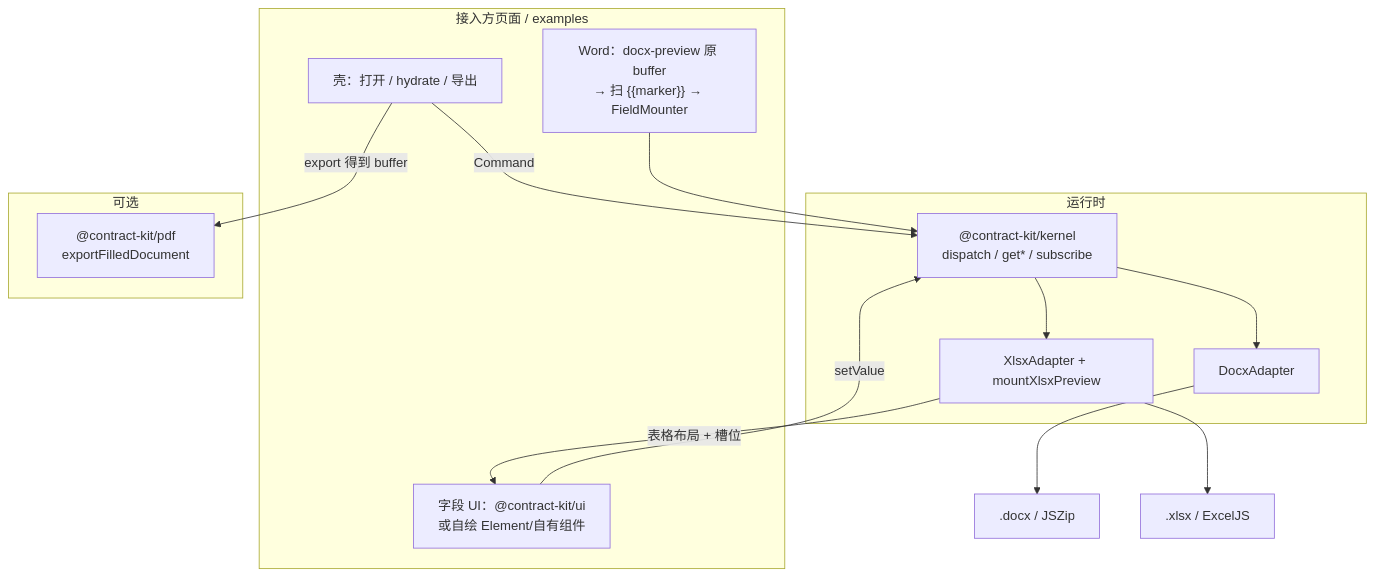
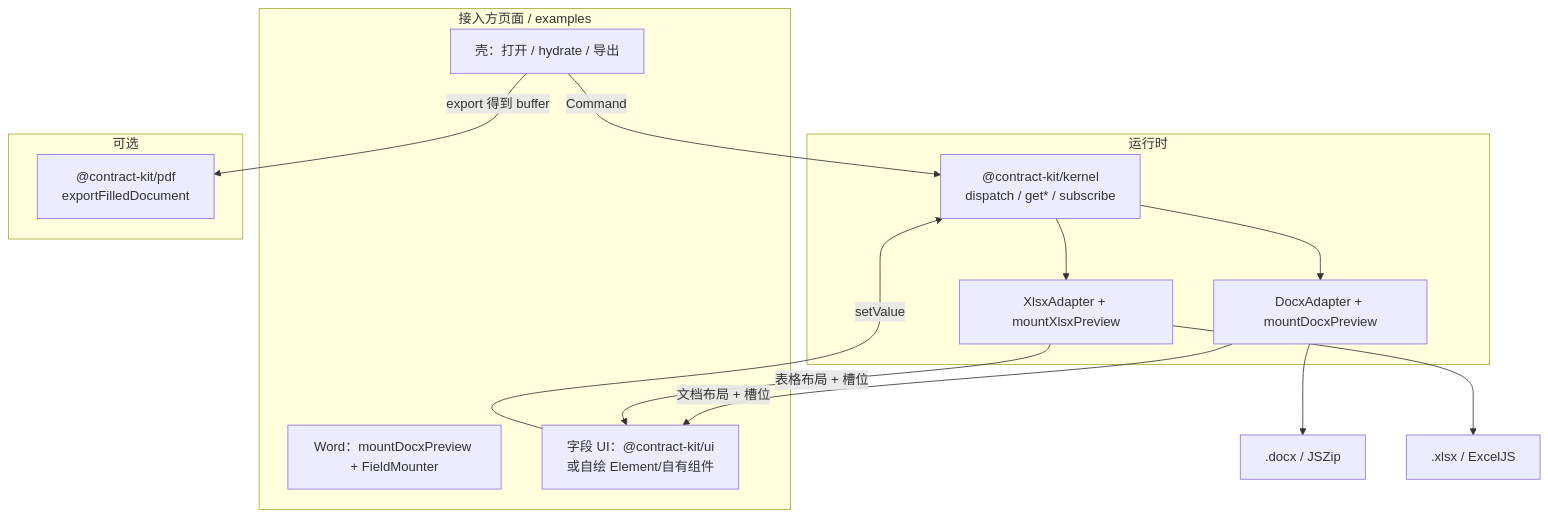
One commit to xxxxxuhb/contract-kit changed the first of 5 diagrams in docs/architecture.md. Above: the diagram before and after it, drawn with Mermaid. The commit also changed other lines of this file and 61 other files, not shown here.

````diff
--- a/docs/architecture.md
+++ b/docs/architecture.md
@@ -51,28 +53,28 @@
 ```mermaid
 flowchart TB
   subgraph Page["接入方页面 / examples"]
     Shell["壳：打开 / hydrate / 导出"]
-    DocxLayout["Word：docx-preview 原 buffer<br/>→ 扫 {{marker}} → FieldMounter"]
+    DocxHost["Word：mountDocxPreview + FieldMounter"]
     FieldUI["字段 UI：@contract-kit/ui<br/>或自绘 Element/自有组件"]
   end
 
   subgraph Core["运行时"]
     Kernel["@contract-kit/kernel<br/>dispatch / get* / subscribe"]
-    Docx["DocxAdapter"]
+    Docx["DocxAdapter + mountDocxPreview"]
     Xlsx["XlsxAdapter + mountXlsxPreview"]
   end
 
   subgraph Optional["可选"]
     Pdf["@contract-kit/pdf<br/>exportFilledDocument"]
   end
 
   Shell -->|Command| Kernel
-  DocxLayout --> Kernel
+  Docx -->|"文档布局 + 槽位"| FieldUI
   Xlsx -->|"表格布局 + 槽位"| FieldUI
   FieldUI -->|setValue| Kernel
   Kernel --> Docx
   Kernel --> Xlsx
   Shell -->|export 得到 buffer| Pdf
   Docx --> OOXML[".docx / JSZip"]
   Xlsx --> XLSX[".xlsx / ExcelJS"]
 ```
````
